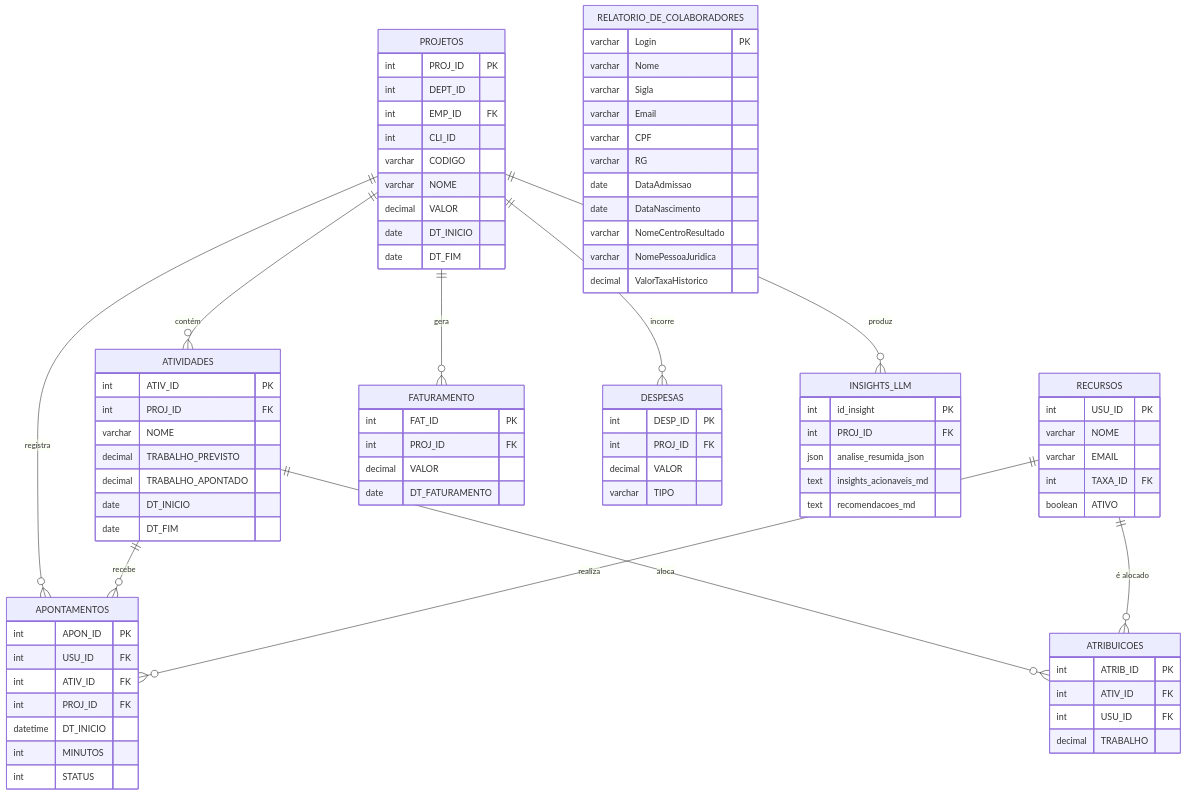
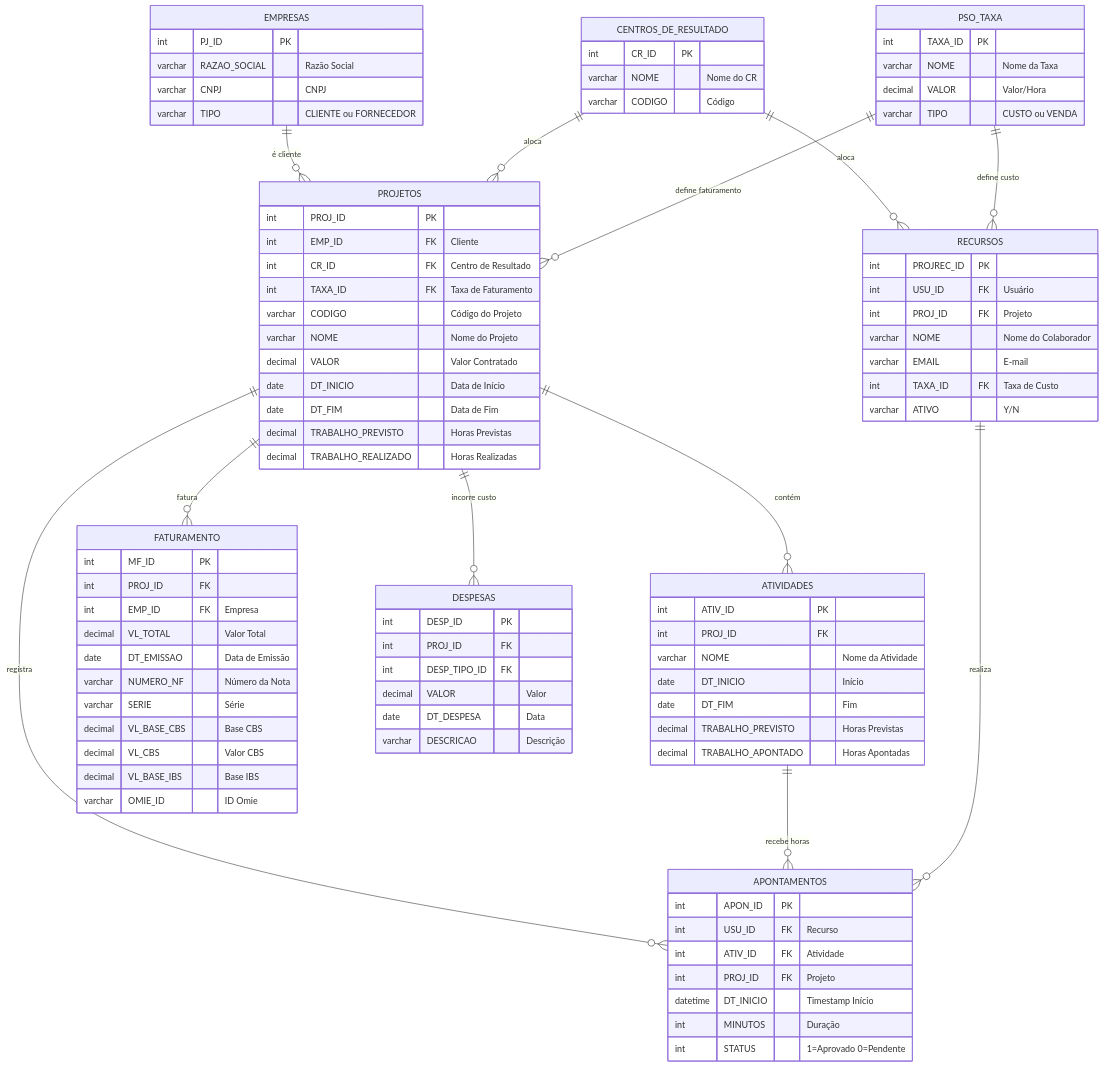
One commit to leofiorese/bot_pso changed the fourth of 4 diagrams in DOCUMENTACAO_PROJETO.md. Above: the diagram before and after it, drawn with Mermaid. The commit also changed other lines of this file and 32 other files, not shown here.

````diff
--- a/DOCUMENTACAO_PROJETO.md
+++ b/DOCUMENTACAO_PROJETO.md
@@ -106,94 +436,100 @@
 erDiagram
     PROJETOS {
         int PROJ_ID PK
-        int DEPT_ID
-        int EMP_ID FK
-        int CLI_ID
-        varchar CODIGO
-        varchar NOME
-        decimal VALOR
-        date DT_INICIO
-        date DT_FIM
+        int EMP_ID FK "Cliente"
+        int CR_ID FK "Centro de Resultado"
+        int TAXA_ID FK "Taxa de Faturamento"
+        varchar CODIGO "Código do Projeto"
+        varchar NOME "Nome do Projeto"
+        decimal VALOR "Valor Contratado"
+        date DT_INICIO "Data de Início"
+        date DT_FIM "Data de Fim"
+        decimal TRABALHO_PREVISTO "Horas Previstas"
+        decimal TRABALHO_REALIZADO "Horas Realizadas"
     }
-    
+
     ATIVIDADES {
         int ATIV_ID PK
         int PROJ_ID FK
-        varchar NOME
-        decimal TRABALHO_PREVISTO
-        decimal TRABALHO_APONTADO
-        date DT_INICIO
-        date DT_FIM
+        varchar NOME "Nome da Atividade"
+        date DT_INICIO "Início"
+        date DT_FIM "Fim"
+        decimal TRABALHO_PREVISTO "Horas Previstas"
+        decimal TRABALHO_APONTADO "Horas Apontadas"
     }
-    
+
     APONTAMENTOS {
         int APON_ID PK
-        int USU_ID FK
-        int ATIV_ID FK
-        int PROJ_ID FK
-        datetime DT_INICIO
-        int MINUTOS
-        int STATUS
-    }
-    
-    RECURSOS {
-        int USU_ID PK
-        varchar NOME
-        varchar EMAIL
-        int TAXA_ID FK
-        boolean ATIVO
+        int USU_ID FK "Recurso"
+        int ATIV_ID FK "Atividade"
+        int PROJ_ID FK "Projeto"
+        datetime DT_INICIO "Timestamp Início"
+        int MINUTOS "Duração"
+        int STATUS "1=Aprovado 0=Pendente"
     }
 
-    RELATORIO_DE_COLABORADORES {
-        varchar Login PK
-        varchar Nome
-        varchar Sigla
-        varchar Email
-        varchar CPF
-        varchar RG
-        date DataAdmissao
-        date DataNascimento
-        varchar NomeCentroResultado
-        varchar NomePessoaJuridica
-        decimal ValorTaxaHistorico
+    RECURSOS {
+        int PROJREC_ID PK
+        int USU_ID FK "Usuário"
+        int PROJ_ID FK "Projeto"
+        varchar NOME "Nome do Colaborador"
+        varchar EMAIL "E-mail"
+        int TAXA_ID FK "Taxa de Custo"
+        varchar ATIVO "Y/N"
     }
-    
-    ATRIBUICOES {
-        int ATRIB_ID PK
-        int ATIV_ID FK
-        int USU_ID FK
-        decimal TRABALHO
+
+    FATURAMENTO {
+        int MF_ID PK
+        int PROJ_ID FK
+        int EMP_ID FK "Empresa"
+        decimal VL_TOTAL "Valor Total"
+        date DT_EMISSAO "Data de Emissão"
+        varchar NUMERO_NF "Número da Nota"
+        varchar SERIE "Série"
+        decimal VL_BASE_CBS "Base CBS"
+        decimal VL_CBS "Valor CBS"
+        decimal VL_BASE_IBS "Base IBS"
+        varchar OMIE_ID "ID Omie"
     }
-    
-    FATURAMENTO {
-        int FAT_ID PK
-        int PROJ_ID FK
-        decimal VALOR
-        date DT_FATURAMENTO
-    }
-    
+
     DESPESAS {
         int DESP_ID PK
         int PROJ_ID FK
-        decimal VALOR
-        varchar TIPO
+        int DESP_TIPO_ID FK
+        decimal VALOR "Valor"
+        date DT_DESPESA "Data"
+        varchar DESCRICAO "Descrição"
     }
-    
-    INSIGHTS_LLM {
-        int id_insight PK
-        int PROJ_ID FK
-        json analise_resumida_json
-        text insights_acionaveis_md
-        text recomendacoes_md
+
+    PSO_TAXA {
+        int TAXA_ID PK
+        varchar NOME "Nome da Taxa"
+        decimal VALOR "Valor/Hora"
+        varchar TIPO "CUSTO ou VENDA"
+    }
+
+    CENTROS_DE_RESULTADO {
+        int CR_ID PK
+        varchar NOME "Nome do CR"
+        varchar CODIGO "Código"
+    }
+
+    EMPRESAS {
+        int PJ_ID PK
+        varchar RAZAO_SOCIAL "Razão Social"
+        varchar CNPJ "CNPJ"
+        varchar TIPO "CLIENTE ou FORNECEDOR"
     }
 
     PROJETOS ||--o{ ATIVIDADES : "contém"
     PROJETOS ||--o{ APONTAMENTOS : "registra"
-    PROJETOS ||--o{ FATURAMENTO : "gera"
-    PROJETOS ||--o{ DESPESAS : "incorre"
-    PROJETOS ||--o{ INSIGHTS_LLM : "produz"
-    ATIVIDADES ||--o{ APONTAMENTOS : "recebe"
-    ATIVIDADES ||--o{ ATRIBUICOES : "aloca"
+    PROJETOS ||--o{ FATURAMENTO : "fatura"
+    PROJETOS ||--o{ DESPESAS : "incorre custo"
+    ATIVIDADES ||--o{ APONTAMENTOS : "recebe horas"
     RECURSOS ||--o{ APONTAMENTOS : "realiza"
-    RECURSOS ||--o{ ATRIBUICOES : "é alocado"
+    EMPRESAS ||--o{ PROJETOS : "é cliente"
+    CENTROS_DE_RESULTADO ||--o{ PROJETOS : "aloca"
+    CENTROS_DE_RESULTADO ||--o{ RECURSOS : "aloca"
+    PSO_TAXA ||--o{ RECURSOS : "define custo"
+    PSO_TAXA ||--o{ PROJETOS : "define faturamento"
 ```
````
